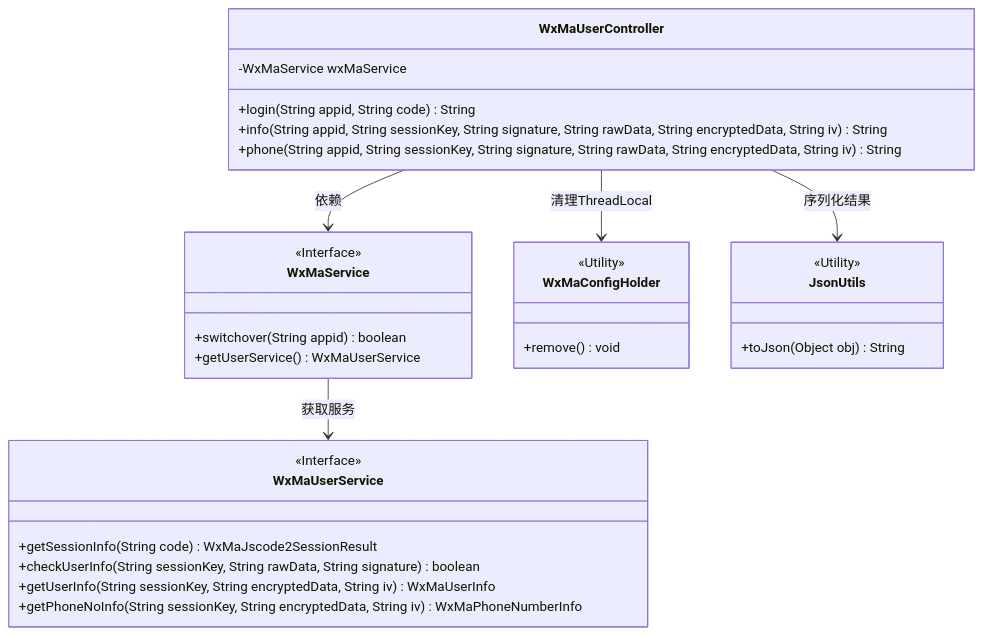
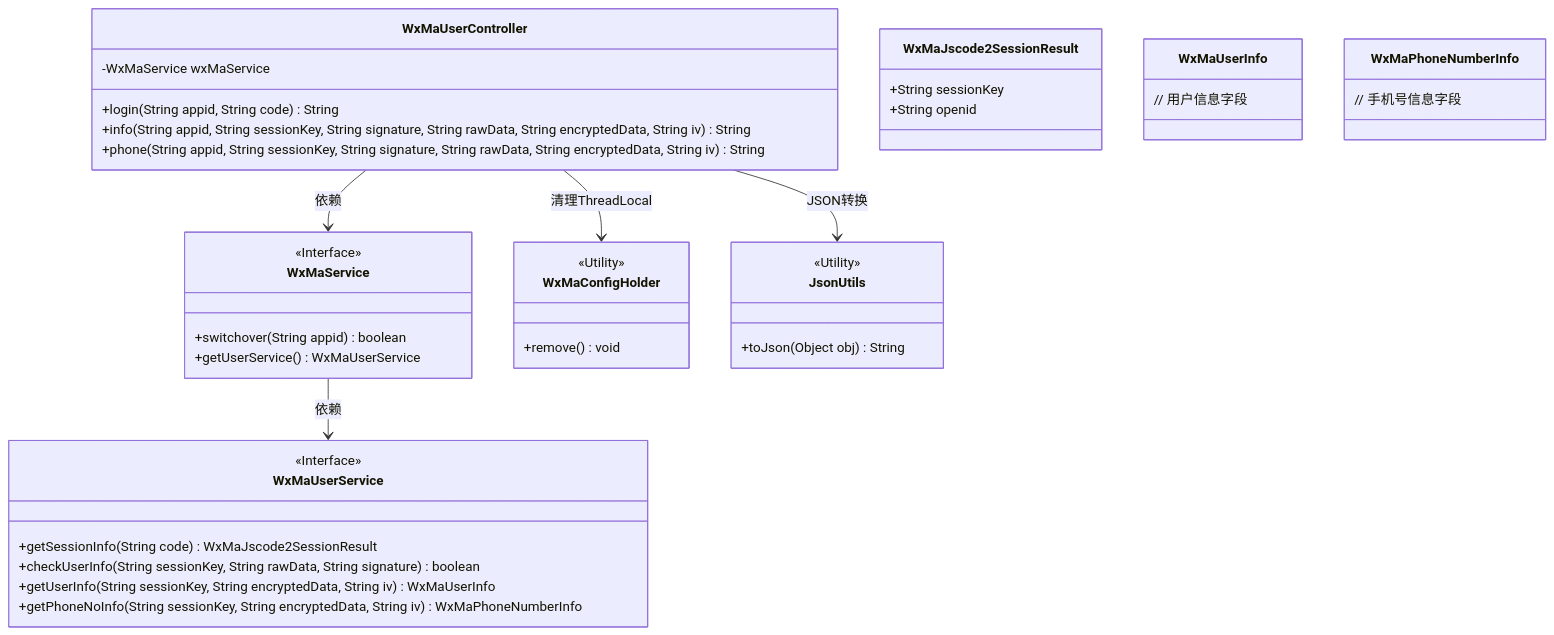
The first of 2 diagrams in docs/zh/docs/src/main/java/com/github/binarywang/demo/wx/miniapp/controller/WxMaUserController.md (v-wjrong/rongwj666_weixin-java-miniapp-demo), drawn with Mermaid before and after one commit. The commit also changed other lines of this file and 42 other files, not shown here.

````diff
--- a/docs/zh/docs/src/main/java/com/github/binarywang/demo/wx/miniapp/controller/WxMaUserController.md
+++ b/docs/zh/docs/src/main/java/com/github/binarywang/demo/wx/miniapp/controller/WxMaUserController.md
@@ -36,38 +36,51 @@
 ```mermaid
 classDiagram
     class WxMaUserController {
         -WxMaService wxMaService
         +login(String appid, String code) String
         +info(String appid, String sessionKey, String signature, String rawData, String encryptedData, String iv) String
         +phone(String appid, String sessionKey, String signature, String rawData, String encryptedData, String iv) String
     }
 
     class WxMaService {
         <<Interface>>
         +switchover(String appid) boolean
         +getUserService() WxMaUserService
     }
 
     class WxMaUserService {
         <<Interface>>
         +getSessionInfo(String code) WxMaJscode2SessionResult
         +checkUserInfo(String sessionKey, String rawData, String signature) boolean
         +getUserInfo(String sessionKey, String encryptedData, String iv) WxMaUserInfo
         +getPhoneNoInfo(String sessionKey, String encryptedData, String iv) WxMaPhoneNumberInfo
     }
 
+    class WxMaJscode2SessionResult {
+        +String sessionKey
+        +String openid
+    }
+
+    class WxMaUserInfo {
+        // 用户信息字段
+    }
+
+    class WxMaPhoneNumberInfo {
+        // 手机号信息字段
+    }
+
     class WxMaConfigHolder {
         <<Utility>>
         +remove() void
     }
 
     class JsonUtils {
         <<Utility>>
         +toJson(Object obj) String
     }
 
     WxMaUserController --> WxMaService : 依赖
+    WxMaService --> WxMaUserService : 依赖
     WxMaUserController --> WxMaConfigHolder : 清理ThreadLocal
-    WxMaUserController --> JsonUtils : 序列化结果
-    WxMaService --> WxMaUserService : 获取服务
+    WxMaUserController --> JsonUtils : JSON转换
 ```
````
